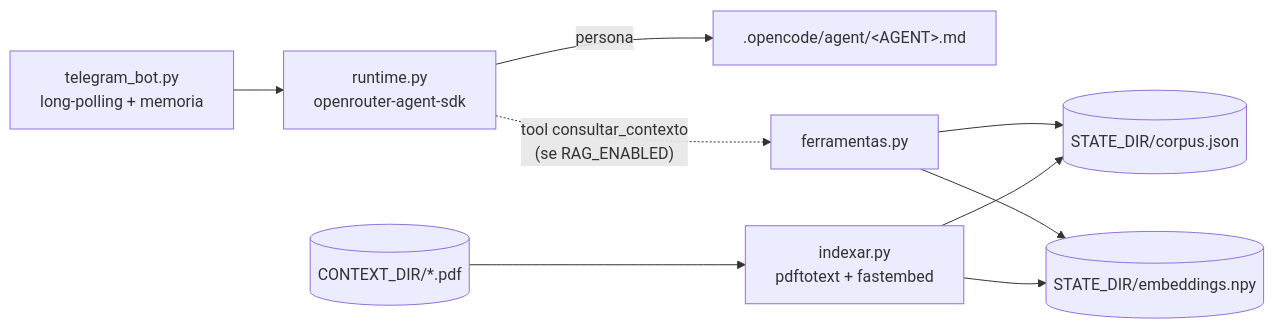
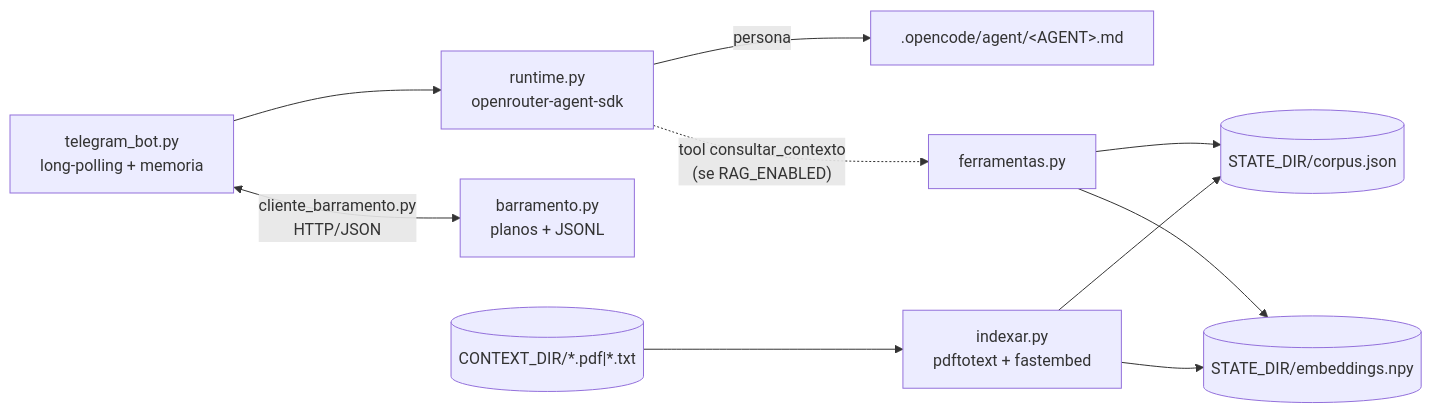
The diagram in AGENTS.md (kellermanm0ta/persona-bot), drawn with Mermaid before and after one commit. The commit also changed other lines of this file and 8 other files, not shown here.

Commit message:
feat: barramento HTTP entre personas (planos, JSONL, rede interna)

````diff
--- a/AGENTS.md
+++ b/AGENTS.md
@@ -11,11 +11,12 @@
 ```mermaid
 flowchart LR
     TG["telegram_bot.py<br/>long-polling + memoria"] --> RT["runtime.py<br/>openrouter-agent-sdk"]
+    TG <-->|"cliente_barramento.py<br/>HTTP/JSON"| BR["barramento.py<br/>planos + JSONL"]
     RT -->|persona| AG[".opencode/agent/&lt;AGENT&gt;.md"]
     RT -.->|"tool consultar_contexto<br/>(se RAG_ENABLED)"| FER["ferramentas.py"]
     FER --> CORP[("STATE_DIR/corpus.json")]
     FER --> EMB[("STATE_DIR/embeddings.npy")]
     IDX["indexar.py<br/>pdftotext + fastembed"] --> CORP
     IDX --> EMB
-    CTX[("CONTEXT_DIR/*.pdf")] --> IDX
+    CTX[("CONTEXT_DIR/*.pdf|*.txt")] --> IDX
 ```
````
